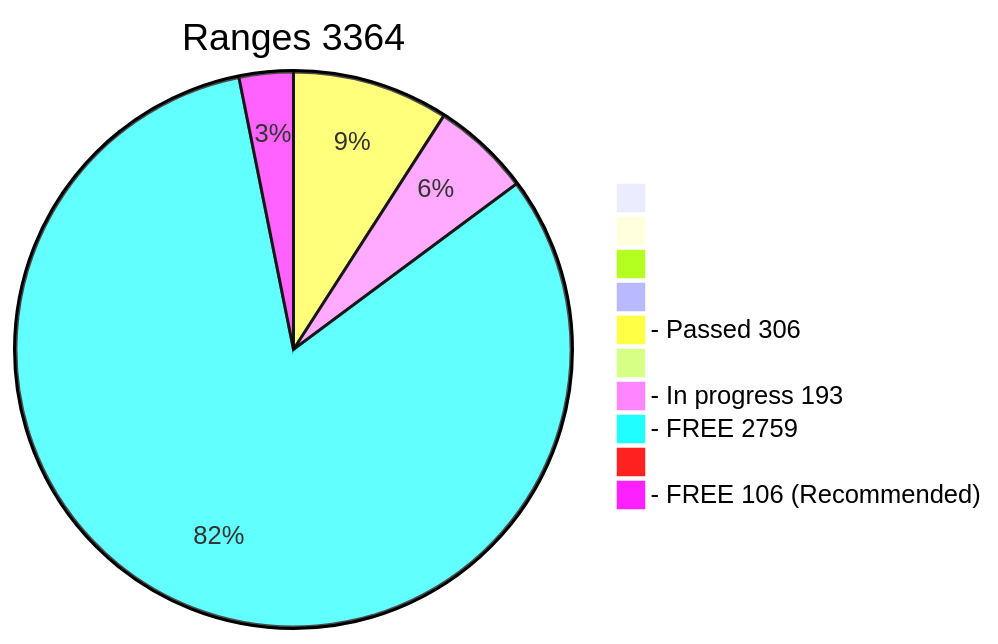
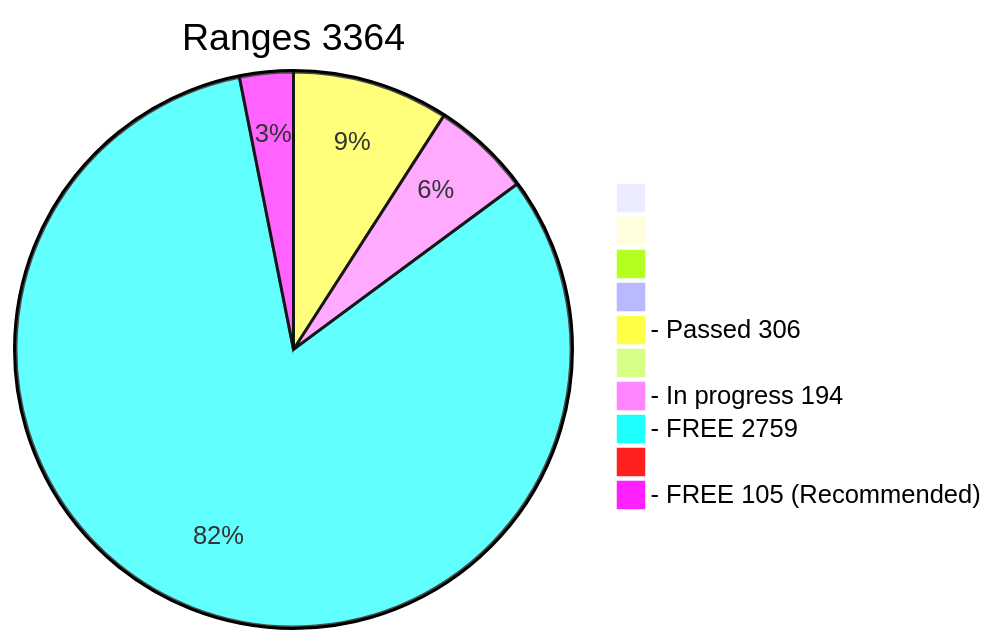
One commit to phrutis/wif500 changed the diagram in x64/Release/table.md. Above: the diagram before and after it, drawn with Mermaid. The commit also changed other lines of this file, not shown here.

````diff
--- a/x64/Release/table.md
+++ b/x64/Release/table.md
@@ -2,13 +2,13 @@
 ```mermaid
 pie title Ranges 3364
   " " : 0
   "  " : 0
   "   " : 0
   "    " : 0
   "- Passed 306" : 306
   "     " : 0
-  "- In progress 193" : 193
+  "- In progress 194" : 194
   "- FREE 2759" : 2759
   "      " : 0
-  "- FREE 106 (Recommended)" : 106
+  "- FREE 105 (Recommended)" : 105
 ```
````
